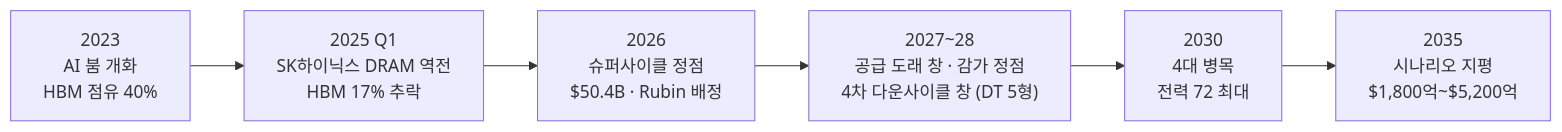
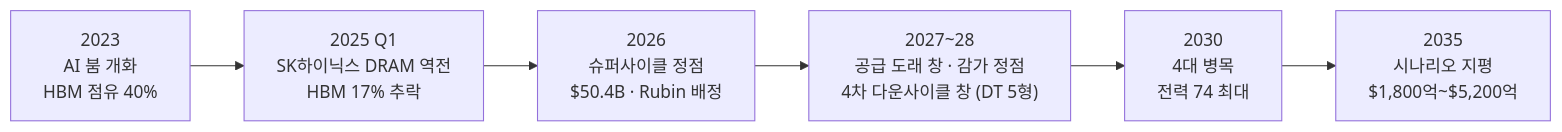
Before and after one commit to k31001/action-learning: the second of 2 diagrams in wiki/storyline/storyline.md, drawn with Mermaid. The commit also changed other lines of this file and 14 other files, not shown here.

````diff
--- a/wiki/storyline/storyline.md
+++ b/wiki/storyline/storyline.md
@@ -34,8 +34,8 @@
 ```mermaid
 flowchart LR
     Y2023["2023<br/>AI 붐 개화<br/>HBM 점유 40%"] --> Y2025["2025 Q1<br/>SK하이닉스 DRAM 역전<br/>HBM 17% 추락"]
     Y2025 --> Y2026["2026<br/>슈퍼사이클 정점<br/>$50.4B · Rubin 배정"]
     Y2026 --> Y2027["2027~28<br/>공급 도래 창 · 감가 정점<br/>4차 다운사이클 창 (DT 5형)"]
-    Y2027 --> Y2030["2030<br/>4대 병목<br/>전력 72 최대"]
+    Y2027 --> Y2030["2030<br/>4대 병목<br/>전력 74 최대"]
     Y2030 --> Y2035["2035<br/>시나리오 지평<br/>$1,800억~$5,200억"]
 ```
````
